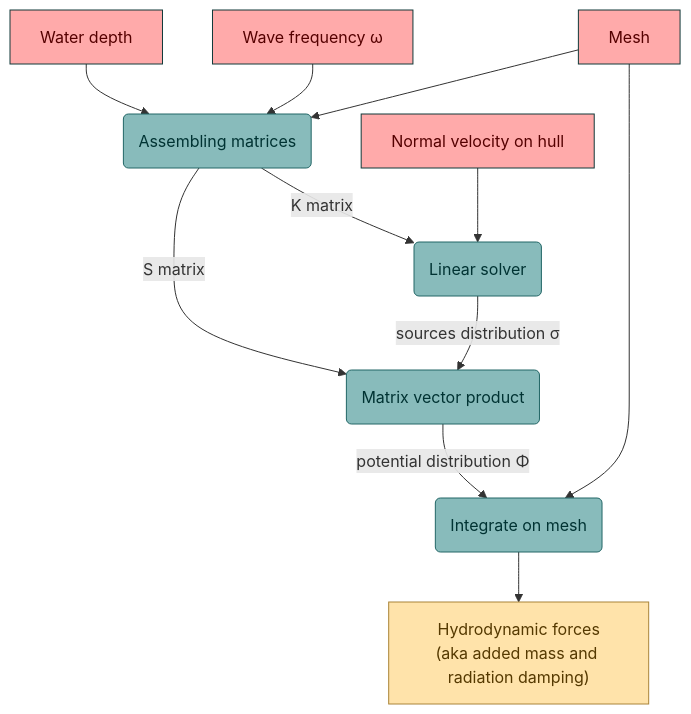
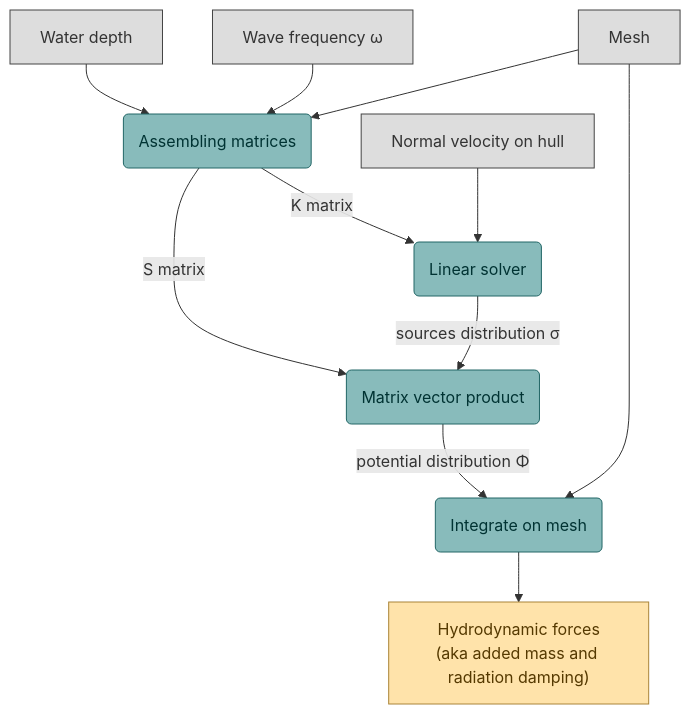
Before and after one commit to capytaine/capytaine: the first of 2 diagrams in docs/theory_manual/theory.rst, drawn with Mermaid. The commit also changed other lines of this file and 16 other files, not shown here.

```diff
--- a/docs/theory_manual/theory.rst
+++ b/docs/theory_manual/theory.rst
@@ -526,21 +526,21 @@
 .. mermaid::
     :caption: A simplified flowchart of the internals of Capytaine solver
 
     flowchart TD;
         h[Water depth] --> gf(Assembling matrices);
         ω[Wave frequency ω] --> gf(Assembling matrices);
         m[Mesh] --> gf;
         gf -- K matrix --> ls(Linear solver);
         un[Normal velocity on hull] --> ls;
         gf -- S matrix --> mvp(Matrix vector product);
         ls -- sources distribution σ --> mvp;
         mvp -- potential distribution Φ --> int("Integrate on mesh");
         m --> int;
         int --> f["Hydrodynamic forces\n(aka added mass and radiation damping)"]
 
-        classDef input fill:#FFAAAA,color:#550000,stroke:#113939
+        classDef input fill:#DDDDDD,color:#333333,stroke:#444444
         classDef step fill:#88BBBB,color:#003333,stroke:#226666
         classDef output fill:#FFE3AA,color:#553900,stroke:#AA8439
         class ω,m,un,h input
         class gf,ls,mvp,int step
         class f output
```
